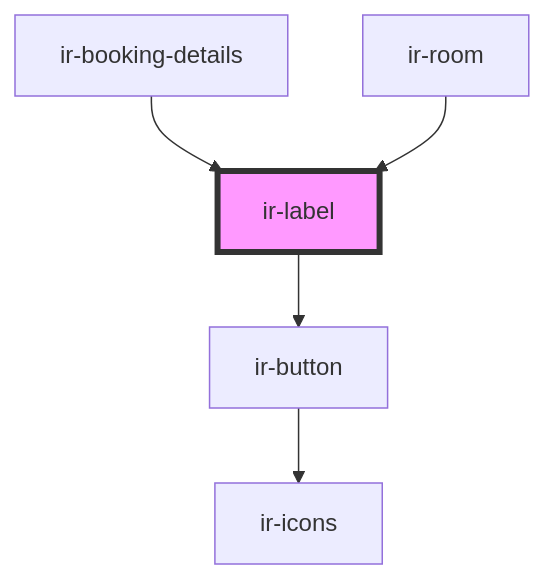
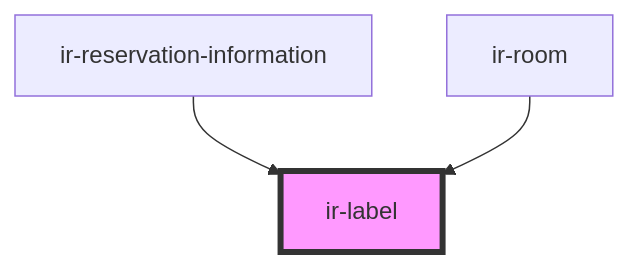
Before and after one commit to RonyRizk/ir-webcmp: the diagram in src/components/ui/ir-label/readme.md, drawn with Mermaid. The commit also changed other lines of this file and 88 other files, not shown here.

````diff
--- a/src/components/ui/ir-label/readme.md
+++ b/src/components/ui/ir-label/readme.md
@@ -43,8 +31,6 @@
 ```mermaid
 graph TD;
-  ir-label --> ir-button
-  ir-button --> ir-icons
-  ir-booking-details --> ir-label
+  ir-reservation-information --> ir-label
   ir-room --> ir-label
   style ir-label fill:#f9f,stroke:#333,stroke-width:4px
 ```
````
